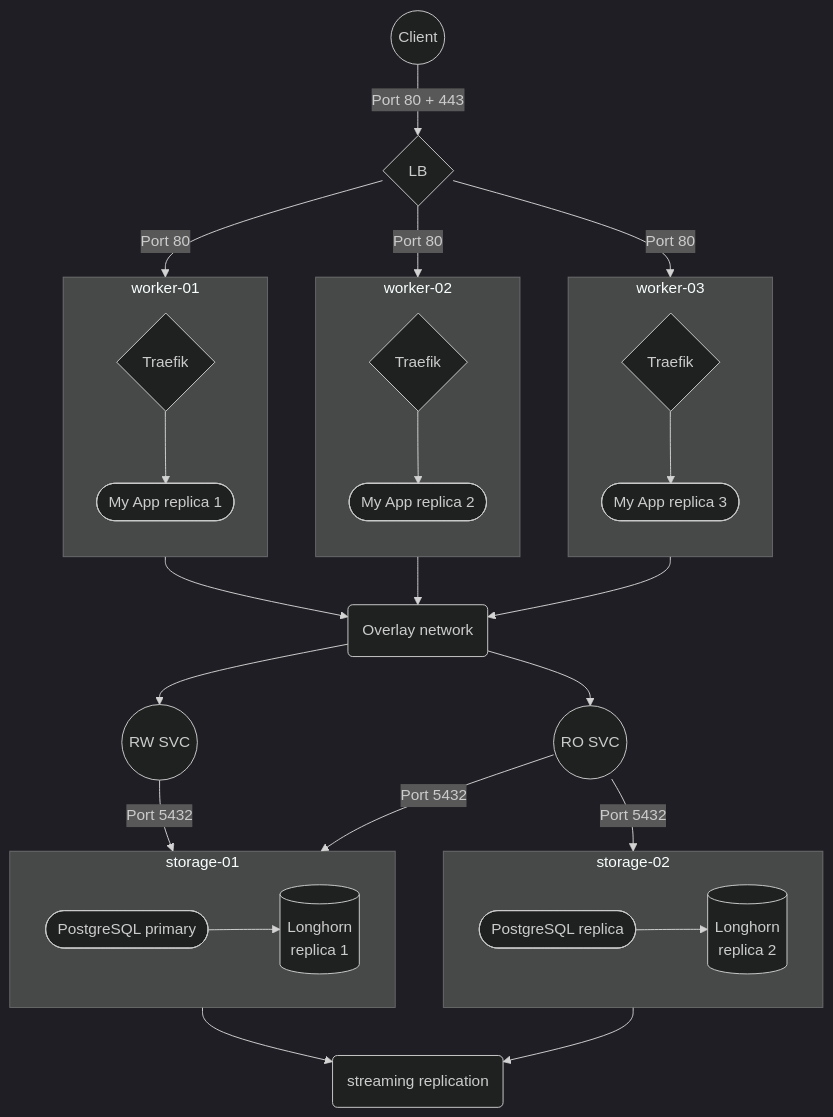
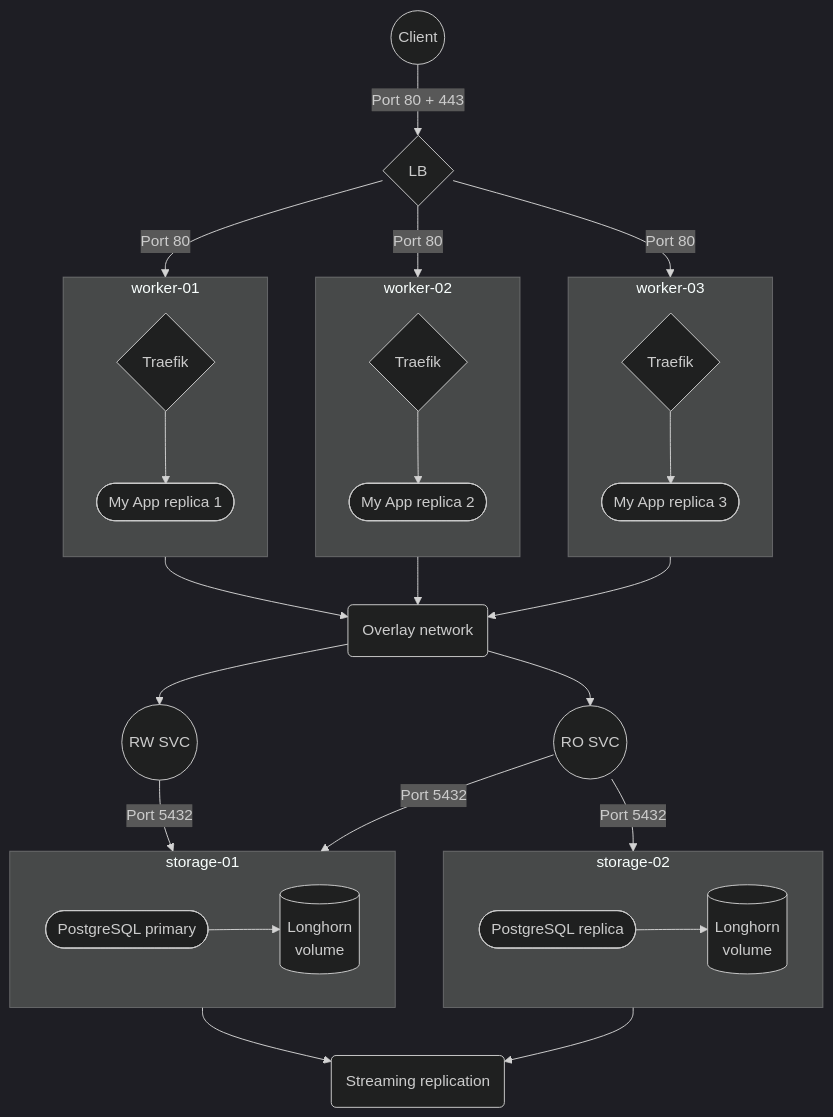
Before and after one commit to okami101/terraform-hcloud-k3s: the second of 2 diagrams in README.md, drawn with Mermaid (dark theme). The commit also changed other lines of this file and 3 other files, not shown here.

````diff
--- a/README.md
+++ b/README.md
@@ -173,51 +168,51 @@
 ```mermaid
 flowchart TB
 client((Client))
 client -- Port 80 + 443 --> lb{LB}
 lb{LB}
 lb -- Port 80 --> worker-01
 lb -- Port 80 --> worker-02
 lb -- Port 80 --> worker-03
 subgraph worker-01
   direction TB
   traefik-01{Traefik}
   app-01([My App replica 1])
   traefik-01 --> app-01
 end
 subgraph worker-02
   direction TB
   traefik-02{Traefik}
   app-02([My App replica 2])
   traefik-02 --> app-02
 end
 subgraph worker-03
   direction TB
   traefik-03{Traefik}
   app-03([My App replica 3])
   traefik-03 --> app-03
 end
 overlay(Overlay network)
 worker-01 --> overlay
 worker-02 --> overlay
 worker-03 --> overlay
 overlay --> db-rw
 overlay --> db-ro
 db-rw((RW SVC))
 db-rw -- Port 5432 --> storage-01
 db-ro((RO SVC))
 db-ro -- Port 5432 --> storage-01
 db-ro -- Port 5432 --> storage-02
 subgraph storage-01
   pg-primary([PostgreSQL primary])
-  longhorn-01[(Longhorn<br>replica 1)]
+  longhorn-01[(Longhorn<br>volume)]
   pg-primary --> longhorn-01
 end
 subgraph storage-02
   pg-replica([PostgreSQL replica])
-  longhorn-02[(Longhorn<br>replica 2)]
+  longhorn-02[(Longhorn<br>volume)]
   pg-replica --> longhorn-02
 end
-db-streaming(streaming replication)
+db-streaming(Streaming replication)
 storage-01 --> db-streaming
 storage-02 --> db-streaming
 ```
````
